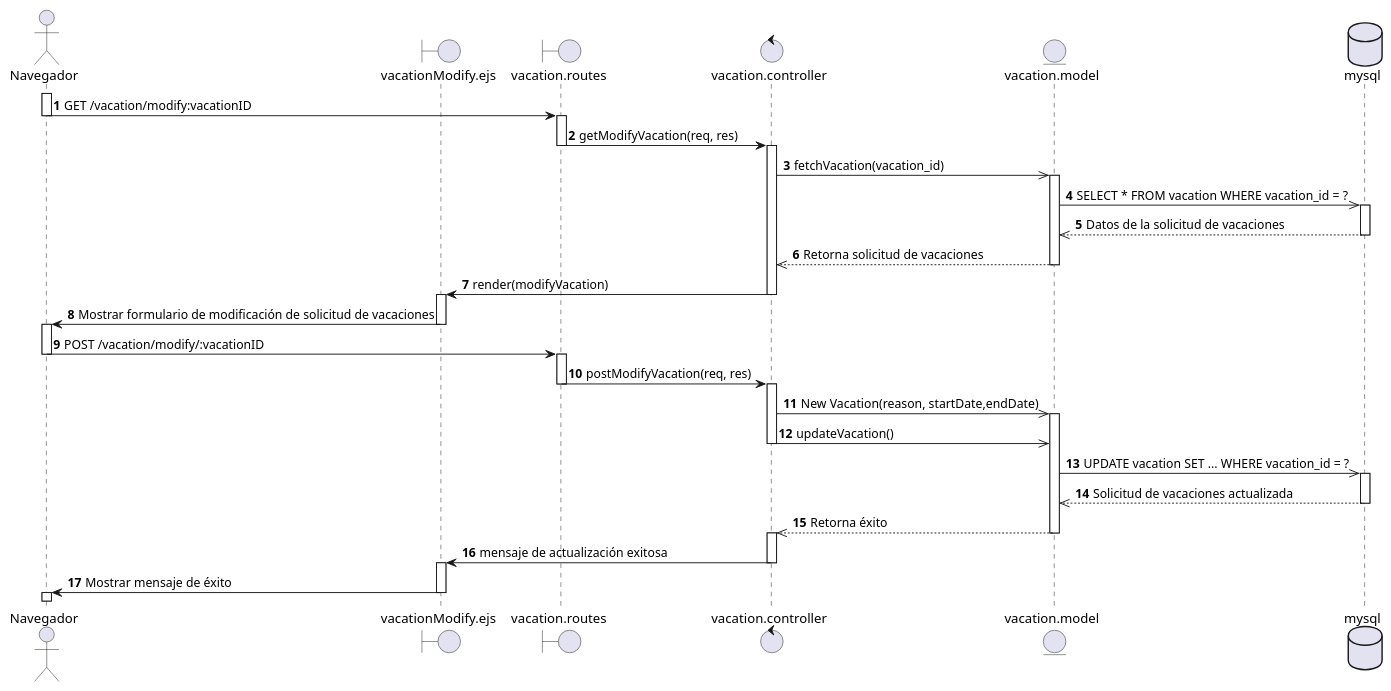
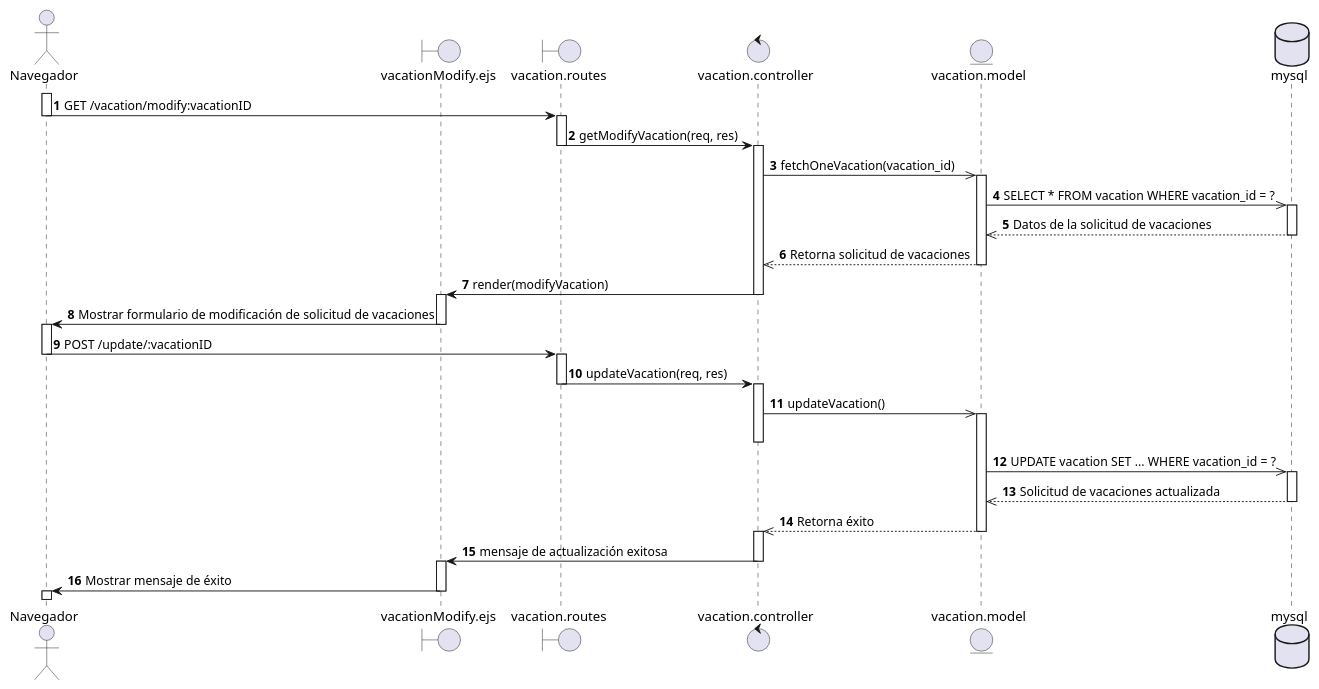
Before and after one commit to EdCanCe/WorkCells: the diagram in diagrams/Casos de Uso/manu req fun/diagramas de secuencia/colaborador modifica soli vac.puml, drawn with PlantUML. The commit also changed 1 other file, not shown here.

```diff
--- a/diagrams/Casos de Uso/manu req fun/diagramas de secuencia/colaborador modifica soli vac.puml
+++ b/diagrams/Casos de Uso/manu req fun/diagramas de secuencia/colaborador modifica soli vac.puml
@@ -1,73 +1,72 @@
 @startuml
 actor Navegador
 boundary vacationModify.ejs
 boundary vacation.routes
 control vacation.controller
 entity vacation.model
 database mysql
 
 autonumber
 ' Inicio del flujo
 activate Navegador
 Navegador -> vacation.routes : GET /vacation/modify:vacationID
 deactivate Navegador
 activate vacation.routes
 
 vacation.routes -> vacation.controller : getModifyVacation(req, res)
 deactivate vacation.routes
 activate vacation.controller
 
-vacation.controller ->> vacation.model : fetchVacation(vacation_id)
+vacation.controller ->> vacation.model : fetchOneVacation(vacation_id)
 activate vacation.model
 
 vacation.model ->> mysql : SELECT * FROM vacation WHERE vacation_id = ?
 activate mysql
 mysql -->> vacation.model : Datos de la solicitud de vacaciones
 deactivate mysql
 
 vacation.model -->> vacation.controller : Retorna solicitud de vacaciones
 deactivate vacation.model
 
 vacation.controller -> vacationModify.ejs : render(modifyVacation)
 deactivate vacation.controller
 activate vacationModify.ejs
 vacationModify.ejs -> Navegador : Mostrar formulario de modificación de solicitud de vacaciones
 deactivate vacationModify.ejs
 activate Navegador
 
 
 
 ' Navegador modifica la solicitud de vacaciones
-Navegador -> vacation.routes : POST /vacation/modify/:vacationID
+Navegador -> vacation.routes : POST /update/:vacationID
 deactivate Navegador
 activate vacation.routes
 
-vacation.routes -> vacation.controller : postModifyVacation(req, res)
+vacation.routes -> vacation.controller : updateVacation(req, res)
 deactivate vacation.routes
 activate vacation.controller
 
 
-vacation.controller ->> vacation.model : New Vacation(reason, startDate,endDate)
+vacation.controller ->> vacation.model : updateVacation()
 activate vacation.model
-vacation.controller ->> vacation.model : updateVacation()
 deactivate vacation.controller
 
 vacation.model ->> mysql : UPDATE vacation SET ... WHERE vacation_id = ?
 activate mysql
 mysql -->> vacation.model : Solicitud de vacaciones actualizada
 deactivate mysql
 
 vacation.model -->> vacation.controller : Retorna éxito
 deactivate vacation.model
 activate vacation.controller
 
 
 vacation.controller -> vacationModify.ejs : mensaje de actualización exitosa
 deactivate vacation.controller
 activate vacationModify.ejs
 vacationModify.ejs -> Navegador : Mostrar mensaje de éxito
 deactivate vacationModify.ejs
 activate Navegador
 deactivate Navegador
 
 @enduml
```
